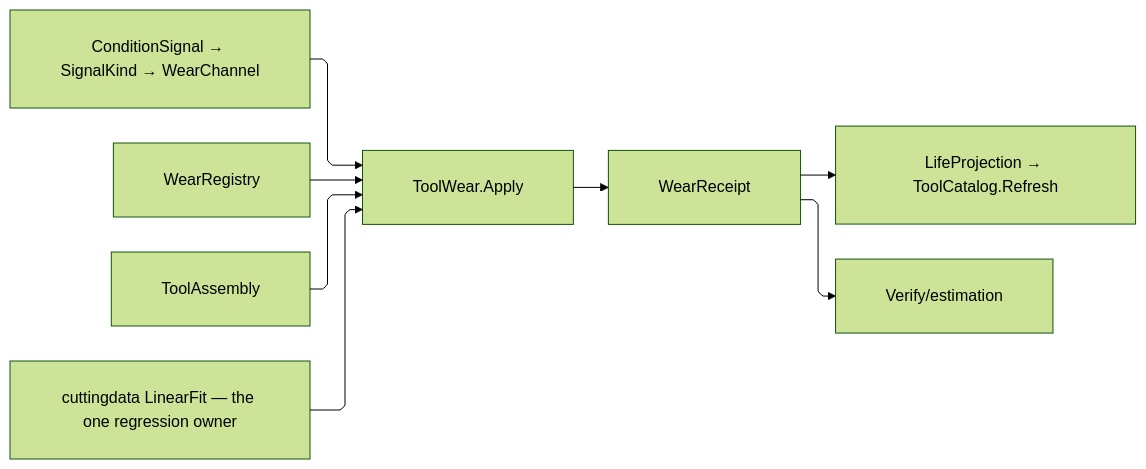
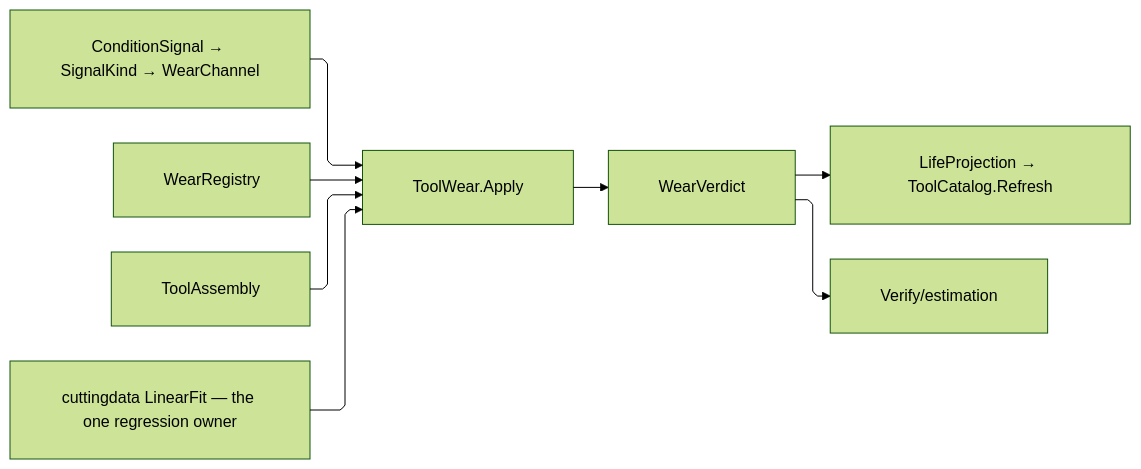
The diagram in libs/dotnet/Rasm.Fabrication/.planning/Tooling/wear.md (bsamiee/Rasm), drawn with Mermaid (forest theme) before and after one commit. The commit also changed other lines of this file and 1417 other files, not shown here.

````diff
--- a/libs/dotnet/Rasm.Fabrication/.planning/Tooling/wear.md
+++ b/libs/dotnet/Rasm.Fabrication/.planning/Tooling/wear.md
@@ -1039,19 +1053,19 @@
 ```mermaid
 ---
 config:
   layout: elk
   flowchart:
     curve: linear
     padding: 25
 ---
 flowchart LR
     accTitle: Tool-wear composition
-    accDescr: Condition signals and registry policy produce wear receipts and life projections for catalog refresh, with the trajectory and Taylor fits both riding the one shared regression owner.
+    accDescr: Condition signals and registry policy produce wear results and life projections for catalog refresh, with the trajectory and Taylor fits both riding the one shared regression owner.
     Signals["ConditionSignal → SignalKind → WearChannel"] --> Wear["ToolWear.Apply"]
     Registry["WearRegistry"] --> Wear
     Assembly["ToolAssembly"] --> Wear
     Fit["cuttingdata LinearFit — the one regression owner"] --> Wear
-    Wear --> Receipt["WearReceipt"]
-    Receipt --> Magazine["LifeProjection → ToolCatalog.Refresh"]
-    Receipt --> Estimate["Verify/estimation"]
+    Wear --> Result["WearVerdict"]
+    Result --> Magazine["LifeProjection → ToolCatalog.Refresh"]
+    Result --> Estimate["Verify/estimation"]
 ```
````
